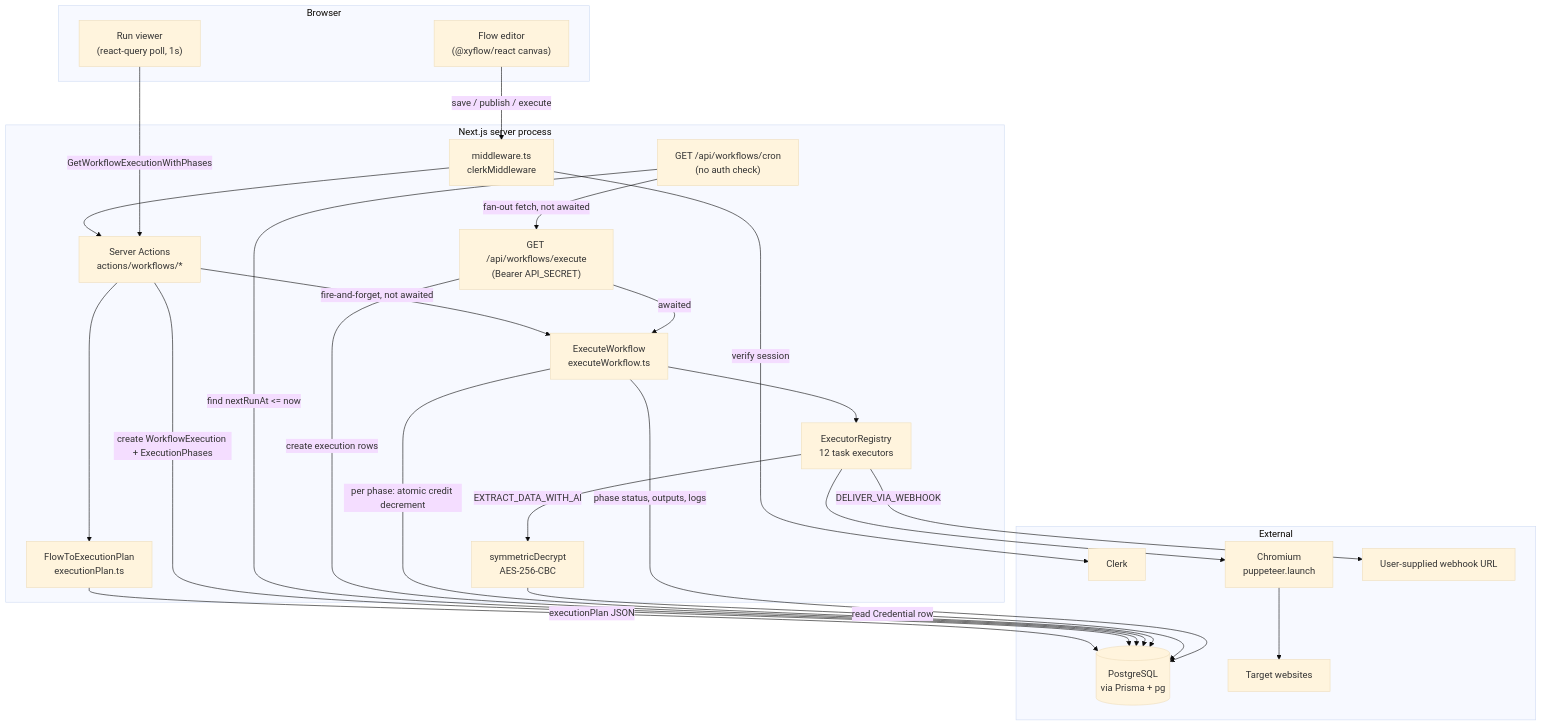
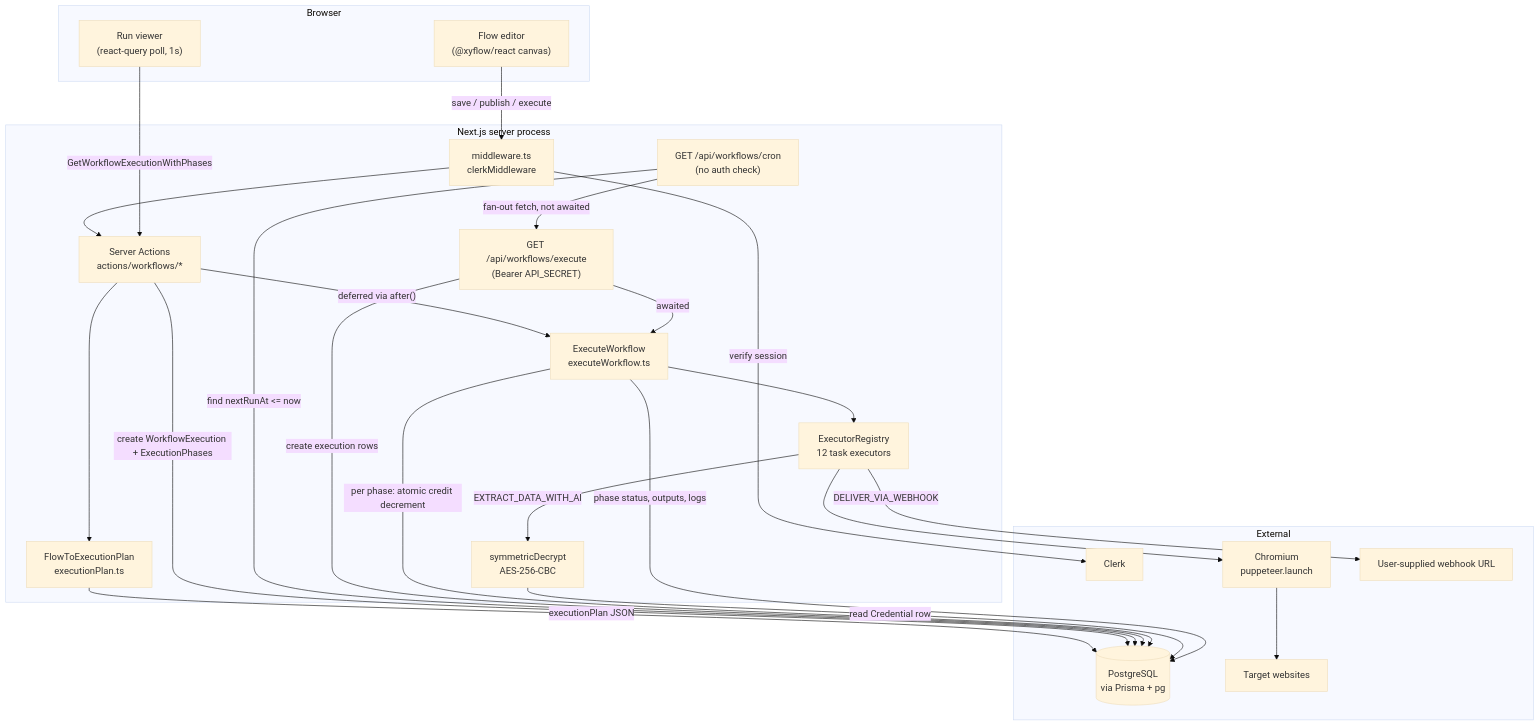
The first of 3 diagrams in README.md (charliehustlr1792/SynthScrape), drawn with Mermaid (base theme) before and after one commit. The commit also changed other lines of this file and 2 other files, not shown here.

````diff
--- a/README.md
+++ b/README.md
@@ -26,50 +26,50 @@
 ```mermaid
 flowchart TD
     subgraph Client["Browser"]
         Editor["Flow editor<br/>(@xyflow/react canvas)"]
         RunsUI["Run viewer<br/>(react-query poll, 1s)"]
     end
 
     subgraph Next["Next.js server process"]
         MW["middleware.ts<br/>clerkMiddleware"]
         SA["Server Actions<br/>actions/workflows/*"]
         Plan["FlowToExecutionPlan<br/>executionPlan.ts"]
         CronAPI["GET /api/workflows/cron<br/>(no auth check)"]
         ExecAPI["GET /api/workflows/execute<br/>(Bearer API_SECRET)"]
         Engine["ExecuteWorkflow<br/>executeWorkflow.ts"]
         ExecReg["ExecutorRegistry<br/>12 task executors"]
         Enc["symmetricDecrypt<br/>AES-256-CBC"]
     end
 
     subgraph External["External"]
         Clerk["Clerk"]
         PG[("PostgreSQL<br/>via Prisma + pg")]
         Chrome["Chromium<br/>puppeteer.launch"]
         Target["Target websites"]
         Hook["User-supplied webhook URL"]
     end
 
     Editor -->|save / publish / execute| MW
     MW -->|verify session| Clerk
     MW --> SA
     SA --> Plan
     Plan -->|executionPlan JSON| PG
     SA -->|create WorkflowExecution + ExecutionPhases| PG
-    SA -->|fire-and-forget, not awaited| Engine
+    SA -->|"deferred via after()"| Engine
 
     CronAPI -->|"find nextRunAt <= now"| PG
     CronAPI -->|"fan-out fetch, not awaited"| ExecAPI
     ExecAPI -->|create execution rows| PG
     ExecAPI -->|awaited| Engine
 
     Engine -->|"per phase: atomic credit decrement"| PG
     Engine --> ExecReg
     ExecReg --> Chrome
     Chrome --> Target
     ExecReg -->|EXTRACT_DATA_WITH_AI| Enc
     Enc -->|read Credential row| PG
     ExecReg -->|DELIVER_VIA_WEBHOOK| Hook
     Engine -->|phase status, outputs, logs| PG
 
     RunsUI -->|GetWorkflowExecutionWithPhases| SA
 ```
````
